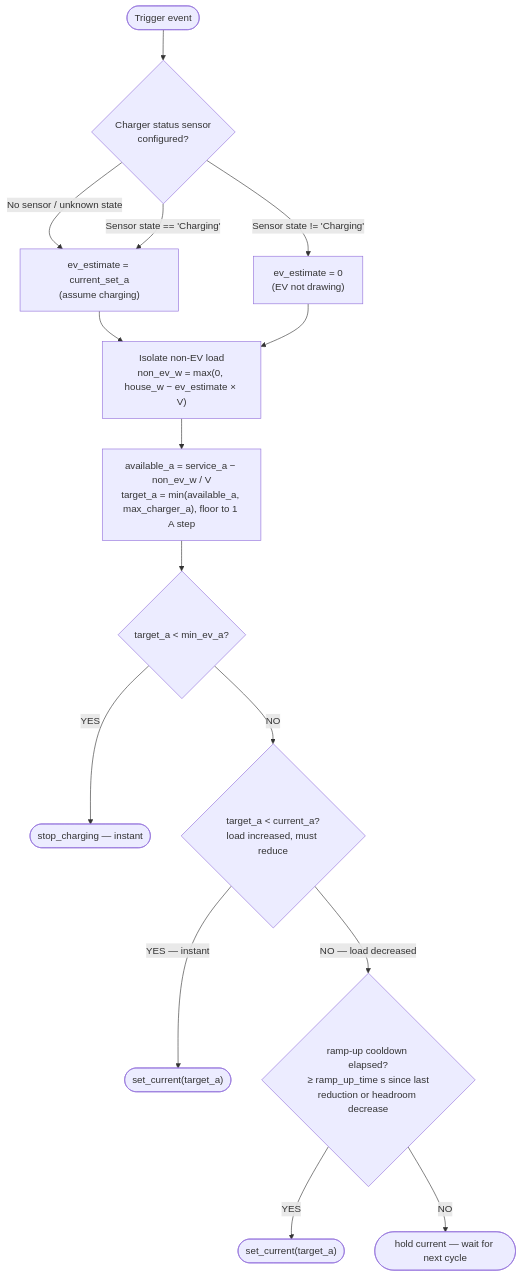
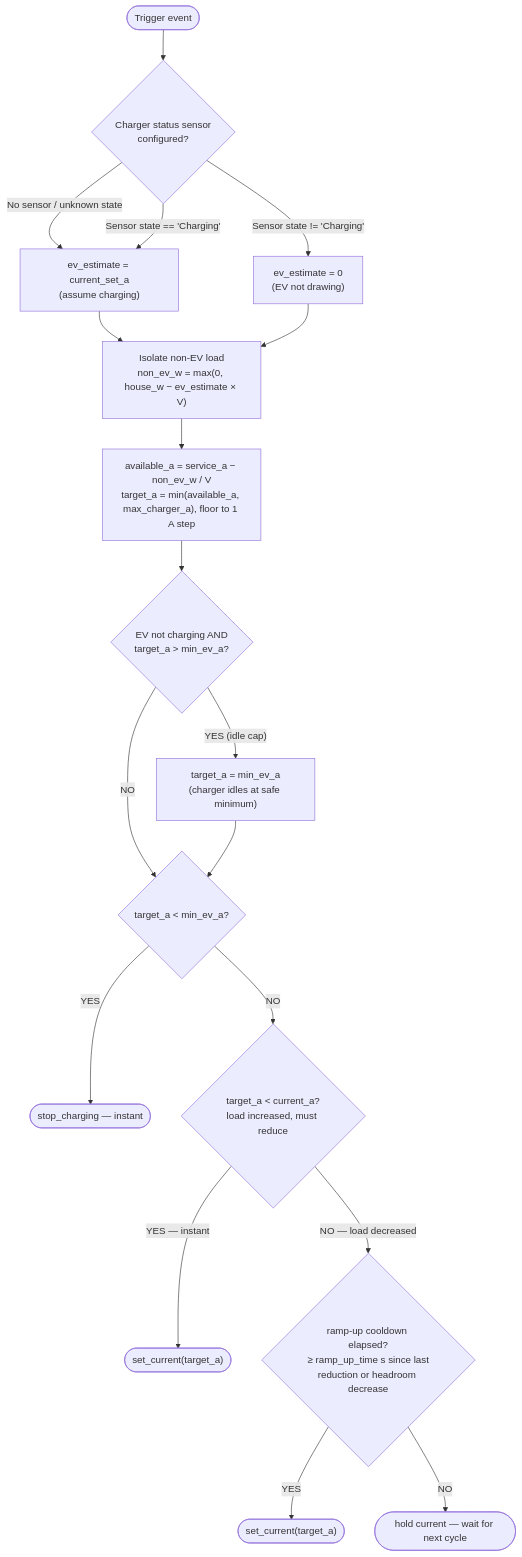
Before and after one commit to alexisml/Watt-O-Balancer: the first of 7 diagrams in docs/documentation/how-it-works.md, drawn with Mermaid. The commit also changed other lines of this file and 1 other file, not shown here.

Commit message:
docs: update how-it-works for idle clamp and charging ramp-up; add dev memory

````diff
--- a/docs/documentation/how-it-works.md
+++ b/docs/documentation/how-it-works.md
@@ -237,18 +243,21 @@
 ```mermaid
 flowchart TD
     A([Trigger event])
     A --> Z{"Charger status sensor<br/>configured?"}
     Z -- "No sensor / unknown state" --> ZA["ev_estimate = current_set_a<br/>(assume charging)"]
     Z -- "Sensor state == 'Charging'" --> ZA
     Z -- "Sensor state != 'Charging'" --> ZB["ev_estimate = 0<br/>(EV not drawing)"]
     ZA --> B["Isolate non-EV load<br/>non_ev_w = max(0, house_w − ev_estimate × V)"]
     ZB --> B
     B --> C["available_a = service_a − non_ev_w / V<br/>target_a = min(available_a, max_charger_a), floor to 1 A step"]
-    C --> D{"target_a < min_ev_a?"}
+    C --> CZ{"EV not charging AND<br/>target_a > min_ev_a?"}
+    CZ -- "YES (idle cap)" --> CZA["target_a = min_ev_a<br/>(charger idles at safe minimum)"]
+    CZ -- "NO" --> D
+    CZA --> D{"target_a < min_ev_a?"}
     D -- YES --> E(["stop_charging — instant"])
     D -- NO --> F{"target_a < current_a?<br/>load increased, must reduce"}
     F -- "YES — instant" --> G(["set_current(target_a)"])
     F -- "NO — load decreased" --> H{"ramp-up cooldown elapsed?<br/>≥ ramp_up_time s since last<br/>reduction or headroom decrease"}
     H -- "YES" --> I(["set_current(target_a)"])
     H -- "NO" --> J(["hold current — wait for next cycle"])
 ```
````
